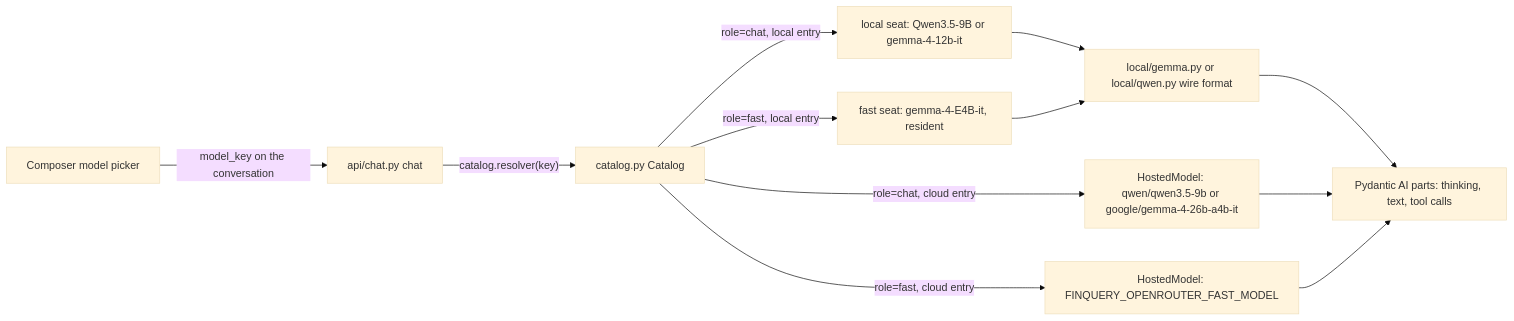
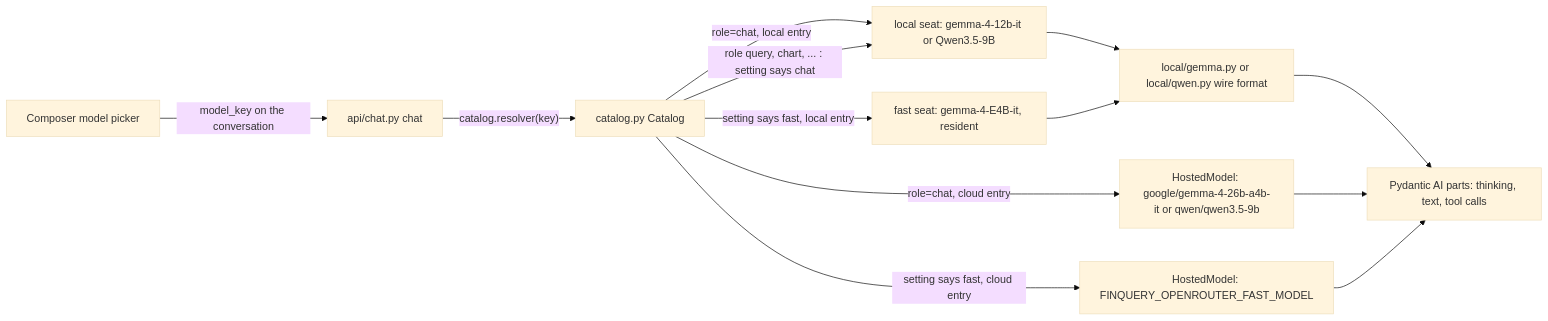
One commit to ChiChuRita/finquery changed the diagram in docs/explainers/02-two-models-and-the-switch.md. Above: the diagram before and after it, drawn with Mermaid (base theme). The commit also changed other lines of this file and 2 other files, not shown here.

Commit message:
Explainers 02, 04 and 13: the shipped pair and the role settings

````diff
--- a/docs/explainers/02-two-models-and-the-switch.md
+++ b/docs/explainers/02-two-models-and-the-switch.md
@@ -10,14 +10,15 @@
 ```mermaid
 flowchart LR
   UI["Composer model picker"] -->|"model_key on the conversation"| Chat["api/chat.py chat"]
   Chat -->|"catalog.resolver(key)"| Cat["catalog.py Catalog"]
-  Cat -->|"role=chat, local entry"| Seat["local seat: Qwen3.5-9B or gemma-4-12b-it"]
-  Cat -->|"role=chat, cloud entry"| ORchat["HostedModel: qwen/qwen3.5-9b or google/gemma-4-26b-a4b-it"]
-  Cat -->|"role=fast, local entry"| E4B["fast seat: gemma-4-E4B-it, resident"]
-  Cat -->|"role=fast, cloud entry"| ORfast["HostedModel: FINQUERY_OPENROUTER_FAST_MODEL"]
+  Cat -->|"role=chat, local entry"| Seat["local seat: gemma-4-12b-it or Qwen3.5-9B"]
+  Cat -->|"role=chat, cloud entry"| ORchat["HostedModel: google/gemma-4-26b-a4b-it or qwen/qwen3.5-9b"]
+  Cat -->|"role query, chart, ... : setting says chat"| Seat
+  Cat -->|"setting says fast, local entry"| E4B["fast seat: gemma-4-E4B-it, resident"]
+  Cat -->|"setting says fast, cloud entry"| ORfast["HostedModel: FINQUERY_OPENROUTER_FAST_MODEL"]
   Seat --> Wire["local/gemma.py or local/qwen.py wire format"]
   E4B --> Wire
   Wire --> PAI["Pydantic AI parts: thinking, text, tool calls"]
   ORchat --> PAI
   ORfast --> PAI
 ```
````
